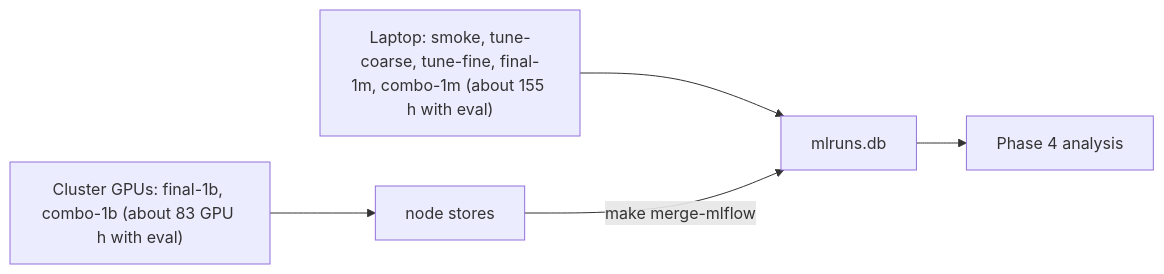
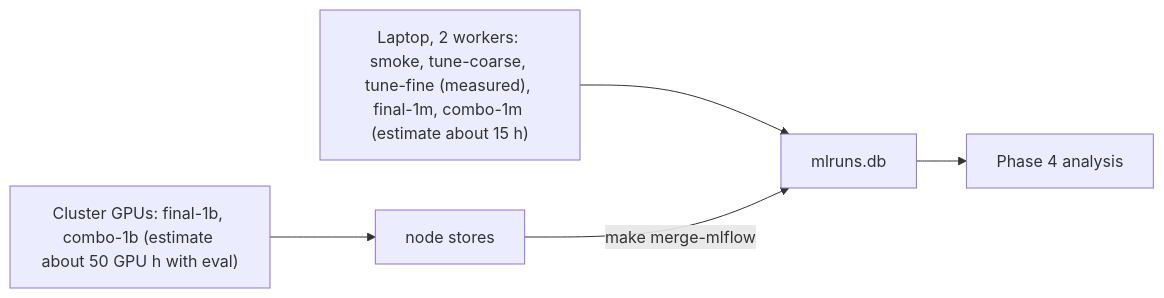
One commit to Pawlo77/rl-craftmax changed the diagram in plans/2026-10-20-craftax-project/2026-10-20-craftax-compute-budget.md. Above: the diagram before and after it, drawn with Mermaid. The commit also changed other lines of this file and 9 other files, not shown here.

````diff
--- a/plans/2026-10-20-craftax-project/2026-10-20-craftax-compute-budget.md
+++ b/plans/2026-10-20-craftax-project/2026-10-20-craftax-compute-budget.md
@@ -125,7 +168,7 @@
 ```mermaid
 flowchart LR
-  L["Laptop: smoke, tune-coarse, tune-fine, final-1m, combo-1m (about 155 h with eval)"] --> M["mlruns.db"]
-  C["Cluster GPUs: final-1b, combo-1b (about 83 GPU h with eval)"] --> N["node stores"]
+  L["Laptop, 2 workers: smoke, tune-coarse, tune-fine (measured), final-1m, combo-1m (estimate about 15 h)"] --> M["mlruns.db"]
+  C["Cluster GPUs: final-1b, combo-1b (estimate about 50 GPU h with eval)"] --> N["node stores"]
   N -- "make merge-mlflow" --> M
   M --> A["Phase 4 analysis"]
 ```
````
